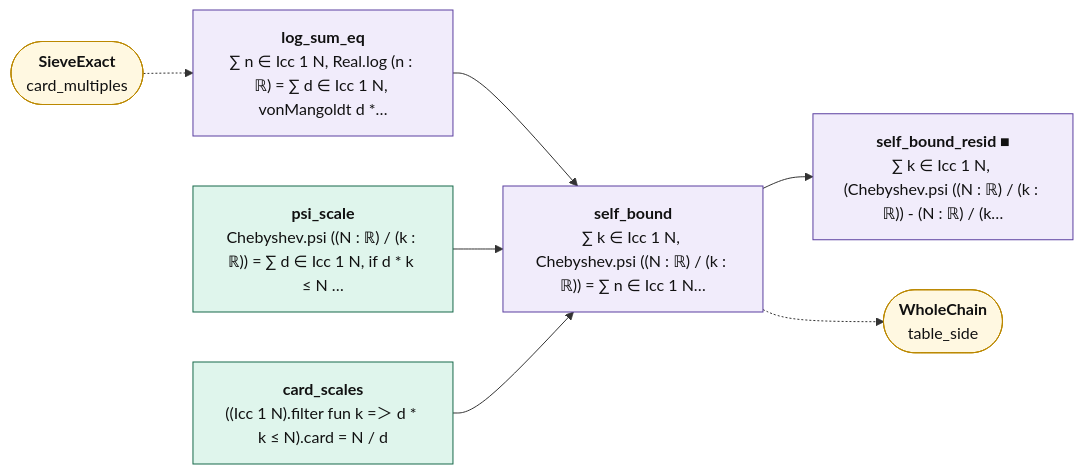
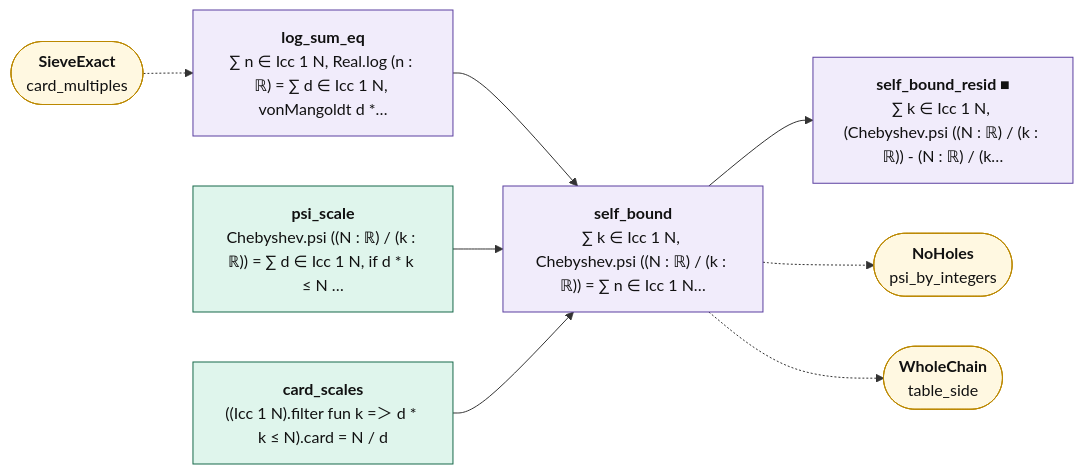
Before and after one commit to juliansambranojr/Primebeat_081426: the diagram in map/lean_stage3/SelfBound.mmd, drawn with Mermaid. The commit also changed 21 other files, not shown here.

First line of the commit message:
Block R13: the integers have no holes (unit 0503)

```diff
--- a/map/lean_stage3/SelfBound.mmd
+++ b/map/lean_stage3/SelfBound.mmd
@@ -1,22 +1,24 @@
 flowchart LR
   n0["<b>log_sum_eq</b><br/>∑ n ∈ Icc 1 N, Real.log (n : ℝ) = ∑ d ∈ Icc 1 N, vonMangoldt d *…"]:::shp
   n1["<b>psi_scale</b><br/>Chebyshev.psi ((N : ℝ) / (k : ℝ)) = ∑ d ∈ Icc 1 N, if d * k ≤ N …"]:::cnt
   n2["<b>card_scales</b><br/>((Icc 1 N).filter fun k =＞ d * k ≤ N).card = N / d"]:::cnt
   n3["<b>self_bound</b><br/>∑ k ∈ Icc 1 N, Chebyshev.psi ((N : ℝ) / (k : ℝ)) = ∑ n ∈ Icc 1 N…"]:::shp
   n4["<b>self_bound_resid ■</b><br/>∑ k ∈ Icc 1 N, (Chebyshev.psi ((N : ℝ) / (k : ℝ)) - (N : ℝ) / (k…"]:::shp
   x0(["<b>SieveExact</b><br/>card_multiples"]):::ext
-  x1(["<b>WholeChain</b><br/>table_side"]):::ext
+  x1(["<b>NoHoles</b><br/>psi_by_integers"]):::ext
+  x2(["<b>WholeChain</b><br/>table_side"]):::ext
   n0 --> n3
   n1 --> n3
   n2 --> n3
   n3 --> n4
   n3 -.-> x1
+  n3 -.-> x2
   x0 -.-> n0
   classDef cnt fill:#dff5ec,stroke:#17694a,color:#111
   classDef shp fill:#f1ecfb,stroke:#5b3fa0,color:#111
   classDef rh fill:#ffe5e5,stroke:#c22,color:#111,stroke-width:2px
   classDef thm fill:#eef4ff,stroke:#335,color:#111
   classDef end_ fill:#e7f7e7,stroke:#2a7,color:#111,stroke-width:2px
   classDef lone fill:#fff,stroke:#999,color:#111,stroke-dasharray:4 3
   classDef bad fill:#ffe5e5,stroke:#c22,color:#111,stroke-width:2px
   classDef ext fill:#fff8e1,stroke:#b80,color:#111
```
